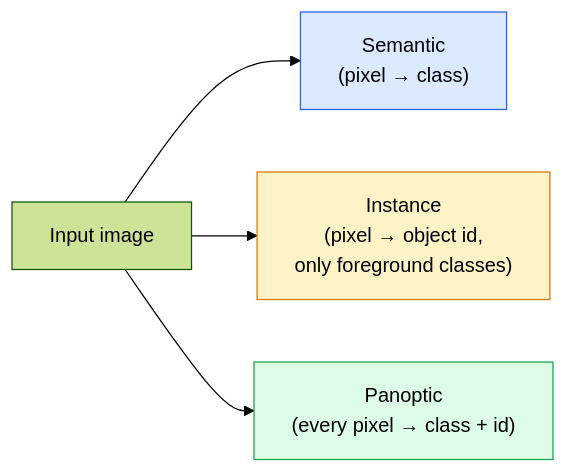
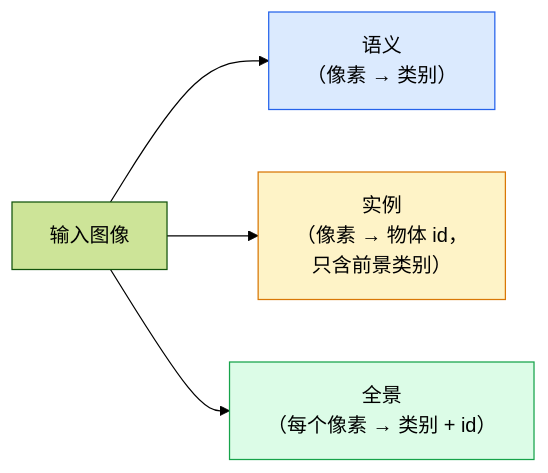
One commit to alessandrodinisio-ai/ai-engineering-learning-framework changed the first of 2 diagrams in phases/04-computer-vision/07-semantic-segmentation-unet/docs/en.md. Above: the diagram before and after it, drawn with Mermaid (forest theme). The commit also changed other lines of this file and 443 other files, not shown here.

First line of the commit message:
feat(zh): 完成 435 节课程文档 + README/ROADMAP/术语表 + 网站 UI 全量中文化

````diff
--- a/phases/04-computer-vision/07-semantic-segmentation-unet/docs/en.md
+++ b/phases/04-computer-vision/07-semantic-segmentation-unet/docs/en.md
@@ -29,10 +29,10 @@
 ```mermaid
 flowchart LR
-    IN["Input image"] --> SEM["Semantic<br/>(pixel → class)"]
-    IN --> INS["Instance<br/>(pixel → object id,<br/>only foreground classes)"]
-    IN --> PAN["Panoptic<br/>(every pixel → class + id)"]
+    IN["输入图像"] --> SEM["语义<br/>（像素 → 类别）"]
+    IN --> INS["实例<br/>（像素 → 物体 id，<br/>只含前景类别）"]
+    IN --> PAN["全景<br/>（每个像素 → 类别 + id）"]
 
     style SEM fill:#dbeafe,stroke:#2563eb
     style INS fill:#fef3c7,stroke:#d97706
     style PAN fill:#dcfce7,stroke:#16a34a
 ```
````
